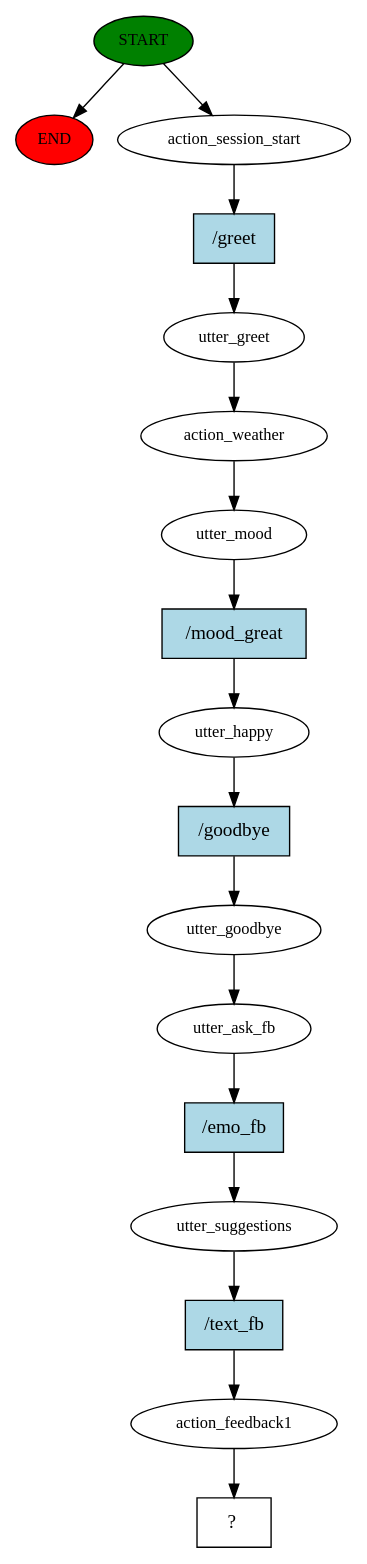
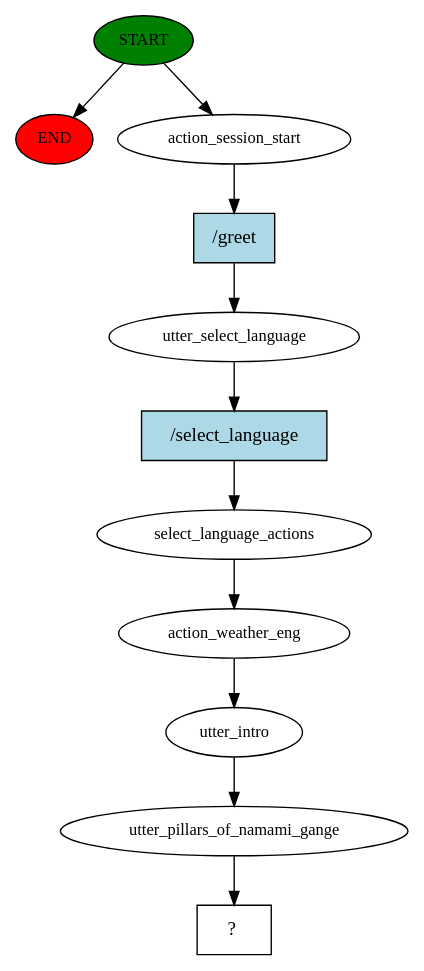
Before and after one commit to heyysiri/NamamiGange: the diagram in story_graph.dot, drawn with Graphviz. The commit also changed 14 other files, not shown here.

Commit message:
fixed story flow 29/12/23

```diff
--- a/story_graph.dot
+++ b/story_graph.dot
@@ -1,35 +1,23 @@
 digraph  {
 0 [class="start active", fillcolor=green, fontsize=12, label=START, style=filled];
 "-1" [class=end, fillcolor=red, fontsize=12, label=END, style=filled];
 1 [class=active, fontsize=12, label=action_session_start];
-2 [class=active, fontsize=12, label=utter_greet];
-3 [class=active, fontsize=12, label=action_weather];
-4 [class=active, fontsize=12, label=utter_mood];
-5 [class=active, fontsize=12, label=utter_happy];
-6 [class=active, fontsize=12, label=utter_goodbye];
-7 [class=active, fontsize=12, label=utter_ask_fb];
-8 [class=active, fontsize=12, label=utter_suggestions];
-9 [class=active, fontsize=12, label=action_feedback1];
-10 [class="intent dashed active", label="  ?  ", shape=rect];
-11 [class="intent active", fillcolor=lightblue, label="/greet", shape=rect, style=filled];
-12 [class="intent active", fillcolor=lightblue, label="/mood_great", shape=rect, style=filled];
-13 [class="intent active", fillcolor=lightblue, label="/goodbye", shape=rect, style=filled];
-14 [class="intent active", fillcolor=lightblue, label="/emo_fb", shape=rect, style=filled];
-15 [class="intent active", fillcolor=lightblue, label="/text_fb", shape=rect, style=filled];
+2 [class=active, fontsize=12, label=utter_select_language];
+3 [class=active, fontsize=12, label=select_language_actions];
+4 [class=active, fontsize=12, label=action_weather_eng];
+5 [class=active, fontsize=12, label=utter_intro];
+6 [class=active, fontsize=12, label=utter_pillars_of_namami_gange];
+7 [class="intent dashed active", label="  ?  ", shape=rect];
+8 [class="intent active", fillcolor=lightblue, label="/greet", shape=rect, style=filled];
+9 [class="intent active", fillcolor=lightblue, label="/select_language", shape=rect, style=filled];
 0 -> "-1"  [class="", key=NONE, label=""];
 0 -> 1  [class=active, key=NONE, label=""];
-1 -> 11  [class=active, key=0];
-2 -> 3  [class=active, key=NONE, label=""];
+1 -> 8  [class=active, key=0];
+2 -> 9  [class=active, key=0];
 3 -> 4  [class=active, key=NONE, label=""];
-4 -> 12  [class=active, key=0];
-5 -> 13  [class=active, key=0];
+4 -> 5  [class=active, key=NONE, label=""];
+5 -> 6  [class=active, key=NONE, label=""];
 6 -> 7  [class=active, key=NONE, label=""];
-7 -> 14  [class=active, key=0];
-8 -> 15  [class=active, key=0];
-9 -> 10  [class=active, key=NONE, label=""];
-11 -> 2  [class=active, key=0];
-12 -> 5  [class=active, key=0];
-13 -> 6  [class=active, key=0];
-14 -> 8  [class=active, key=0];
-15 -> 9  [class=active, key=0];
+8 -> 2  [class=active, key=0];
+9 -> 3  [class=active, key=0];
 }
```
